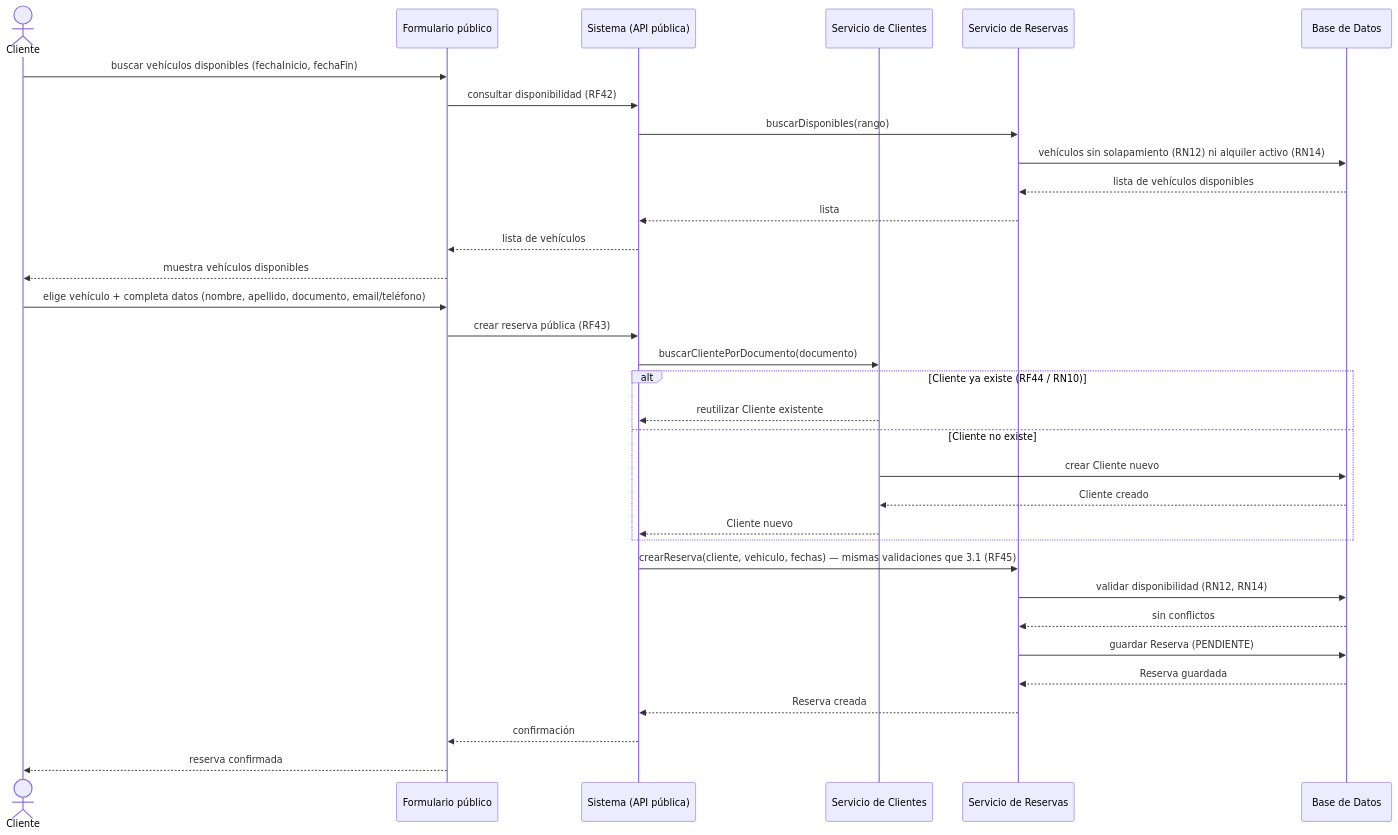
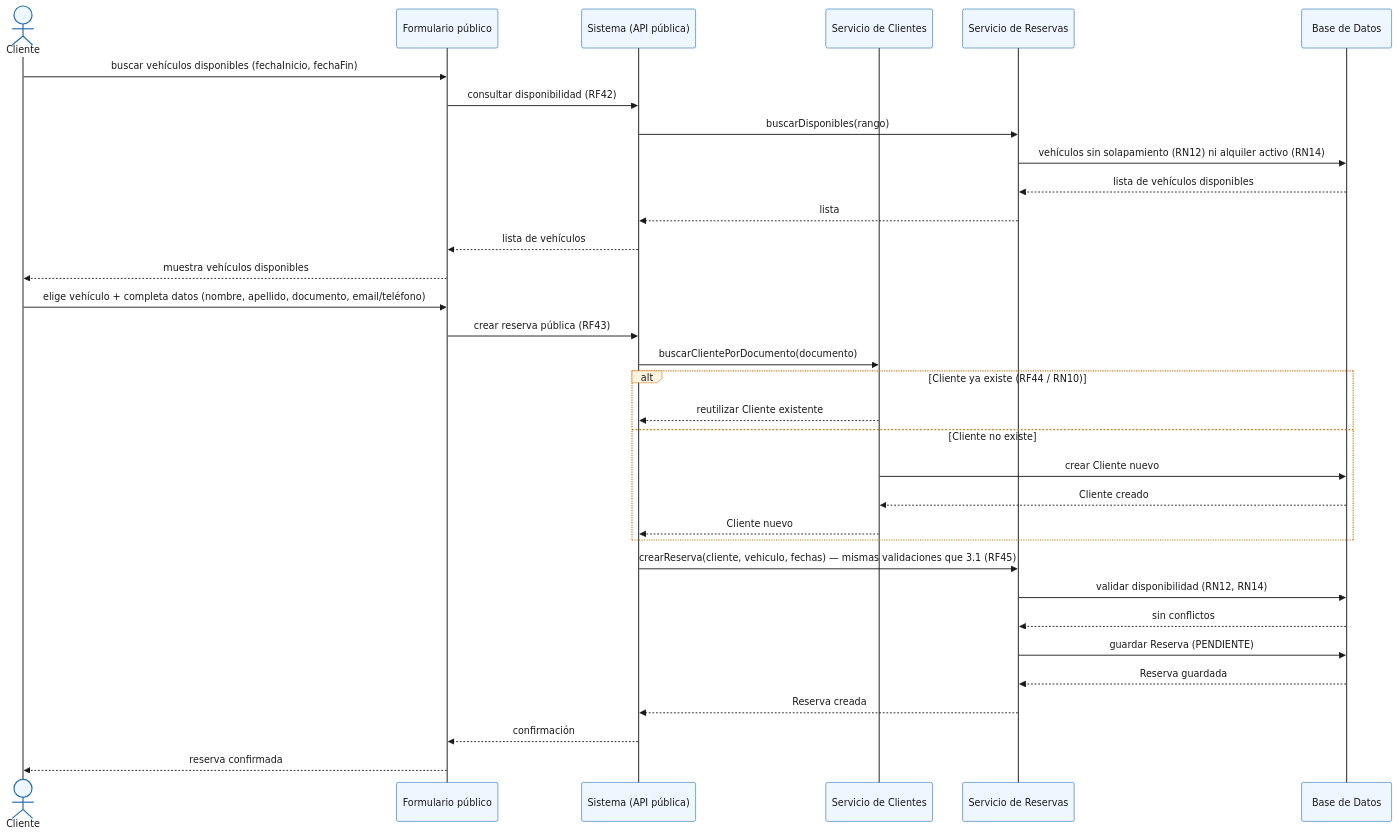
The fourth of 6 diagrams in docs/03-uml/02-reservas-chaarlyez.md (chaarlyez/Sistema_de_alquiler_de_veh-culos), drawn with Mermaid before and after one commit. The commit also changed other lines of this file and 6 other files, not shown here.

First line of the commit message:
docs: colorear todos los diagramas Mermaid y cerrar observacion de notacion

````diff
--- a/docs/03-uml/02-reservas-chaarlyez.md
+++ b/docs/03-uml/02-reservas-chaarlyez.md
@@ -127,39 +177,58 @@
 ```mermaid
+%%{init: {'theme': 'base', 'themeVariables': {
+  'background': '#ffffff',
+  'actorBkg': '#eef6ff',
+  'actorBorder': '#2a6fb0',
+  'actorTextColor': '#1a1a1a',
+  'actorLineColor': '#4a4a4a',
+  'signalColor': '#1a1a1a',
+  'signalTextColor': '#1a1a1a',
+  'labelBoxBkgColor': '#fff4e0',
+  'labelBoxBorderColor': '#c97a1e',
+  'labelTextColor': '#1a1a1a',
+  'loopTextColor': '#1a1a1a',
+  'noteBkgColor': '#fff9c4',
+  'noteBorderColor': '#c9a400',
+  'noteTextColor': '#1a1a1a',
+  'activationBorderColor': '#2a6fb0',
+  'activationBkgColor': '#eafaf0',
+  'sequenceNumberColor': '#1a1a1a'
+}}}%%
 sequenceDiagram
     actor Cliente
     participant Form as Formulario público
     participant API as Sistema (API pública)
     participant SC as Servicio de Clientes
     participant SR as Servicio de Reservas
     participant BD as Base de Datos
 
     Cliente->>Form: buscar vehículos disponibles (fechaInicio, fechaFin)
     Form->>API: consultar disponibilidad (RF42)
     API->>SR: buscarDisponibles(rango)
     SR->>BD: vehículos sin solapamiento (RN12) ni alquiler activo (RN14)
     BD-->>SR: lista de vehículos disponibles
     SR-->>API: lista
     API-->>Form: lista de vehículos
     Form-->>Cliente: muestra vehículos disponibles
 
     Cliente->>Form: elige vehículo + completa datos (nombre, apellido, documento, email/teléfono)
     Form->>API: crear reserva pública (RF43)
     API->>SC: buscarClientePorDocumento(documento)
 
     alt Cliente ya existe (RF44 / RN10)
         SC-->>API: reutilizar Cliente existente
     else Cliente no existe
         SC->>BD: crear Cliente nuevo
         BD-->>SC: Cliente creado
         SC-->>API: Cliente nuevo
     end
 
     API->>SR: crearReserva(cliente, vehiculo, fechas) — mismas validaciones que 3.1 (RF45)
     SR->>BD: validar disponibilidad (RN12, RN14)
     BD-->>SR: sin conflictos
     SR->>BD: guardar Reserva (PENDIENTE)
     BD-->>SR: Reserva guardada
     SR-->>API: Reserva creada
     API-->>Form: confirmación
     Form-->>Cliente: reserva confirmada
 ```
````
